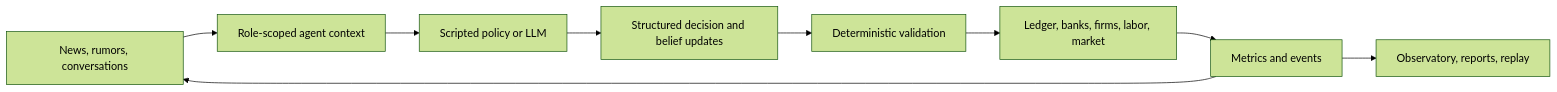
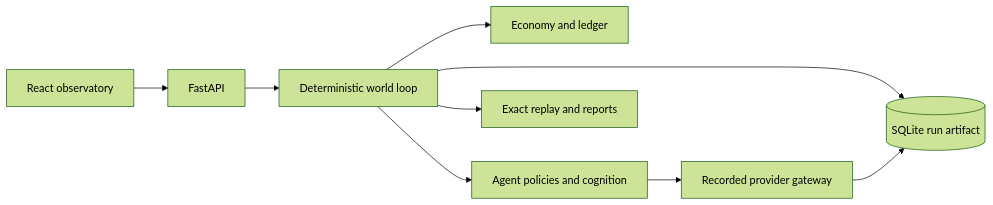
The diagram in README.md (alinojoumi8/agent-economy), drawn with Mermaid (forest theme) before and after one commit. The commit also changed other lines of this file and 29 other files, not shown here.

````diff
--- a/README.md
+++ b/README.md
@@ -113,11 +106,11 @@
 ```mermaid
 flowchart LR
-    INFO[News, rumors, conversations] --> CONTEXT[Role-scoped agent context]
-    CONTEXT --> MODEL[Scripted policy or LLM]
-    MODEL --> PROPOSAL[Structured decision and belief updates]
-    PROPOSAL --> VALIDATE[Deterministic validation]
-    VALIDATE --> ECON[Ledger, banks, firms, labor, market]
-    ECON --> METRICS[Metrics and events]
-    METRICS --> UI[Observatory, reports, replay]
-    METRICS --> INFO
+    UI[React observatory] --> API[FastAPI]
+    API --> WORLD[Deterministic world loop]
+    WORLD --> ENGINE[Economy and ledger]
+    WORLD --> AGENTS[Agent policies and cognition]
+    AGENTS --> GATEWAY[Recorded provider gateway]
+    WORLD --> DB[(SQLite run artifact)]
+    GATEWAY --> DB
+    WORLD --> REPLAY[Exact replay and reports]
 ```
````
